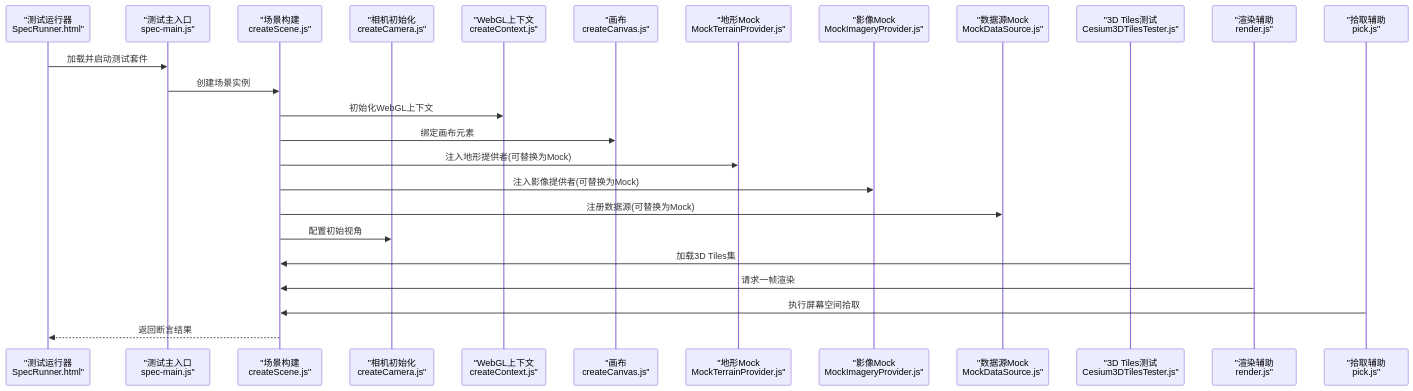
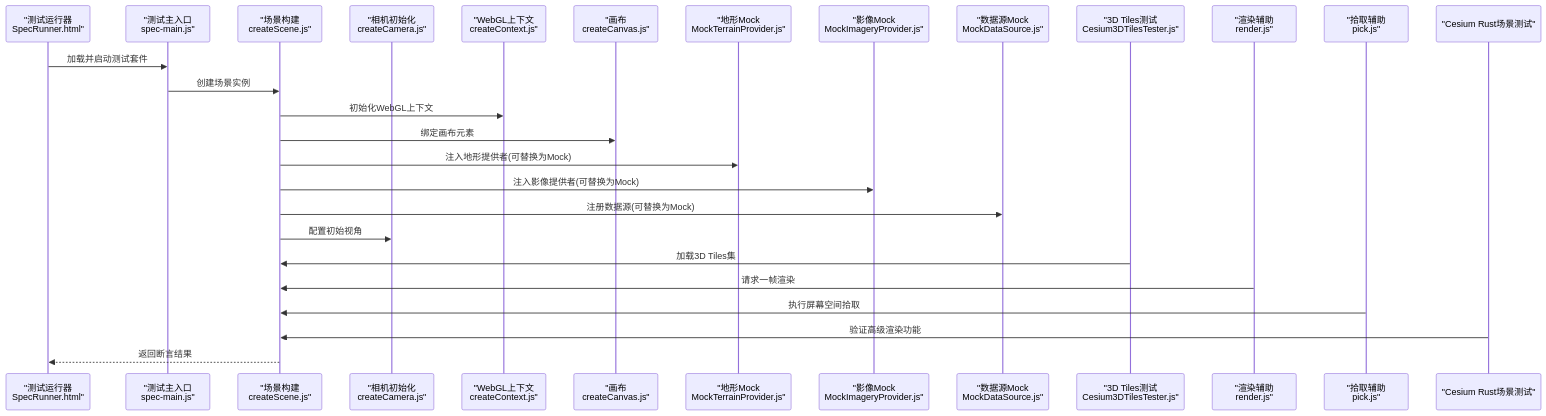
The second of 9 diagrams in .qoder/repowiki/zh/content/测试与调试/集成测试.md (rzhangjing/cesium), drawn with Mermaid before and after one commit. The commit also changed other lines of this file and 16 other files, not shown here.

````diff
--- a/.qoder/repowiki/zh/content/测试与调试/集成测试.md
+++ b/.qoder/repowiki/zh/content/测试与调试/集成测试.md
@@ -162,27 +209,29 @@
 ```mermaid
 sequenceDiagram
 participant Runner as "测试运行器<br/>SpecRunner.html"
 participant Main as "测试主入口<br/>spec-main.js"
 participant Scene as "场景构建<br/>createScene.js"
 participant Camera as "相机初始化<br/>createCamera.js"
 participant Ctx as "WebGL上下文<br/>createContext.js"
 participant Canvas as "画布<br/>createCanvas.js"
 participant Terrain as "地形Mock<br/>MockTerrainProvider.js"
 participant Imagery as "影像Mock<br/>MockImageryProvider.js"
 participant DataSource as "数据源Mock<br/>MockDataSource.js"
 participant Tiles as "3D Tiles测试<br/>Cesium3DTilesTester.js"
 participant Render as "渲染辅助<br/>render.js"
 participant Pick as "拾取辅助<br/>pick.js"
+participant RustTests as "Cesium Rust场景测试"
 Runner->>Main : 加载并启动测试套件
 Main->>Scene : 创建场景实例
 Scene->>Ctx : 初始化WebGL上下文
 Scene->>Canvas : 绑定画布元素
 Scene->>Terrain : 注入地形提供者(可替换为Mock)
 Scene->>Imagery : 注入影像提供者(可替换为Mock)
 Scene->>DataSource : 注册数据源(可替换为Mock)
 Scene->>Camera : 配置初始视角
 Tiles->>Scene : 加载3D Tiles集
 Render->>Scene : 请求一帧渲染
 Pick->>Scene : 执行屏幕空间拾取
+RustTests->>Scene : 验证高级渲染功能
 Scene-->>Runner : 返回断言结果
 ```
````
